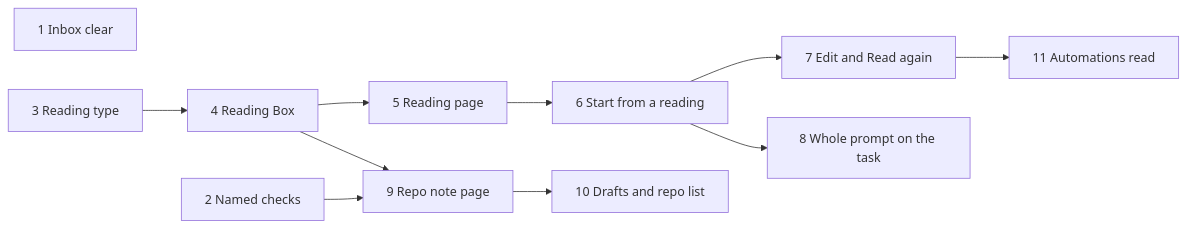
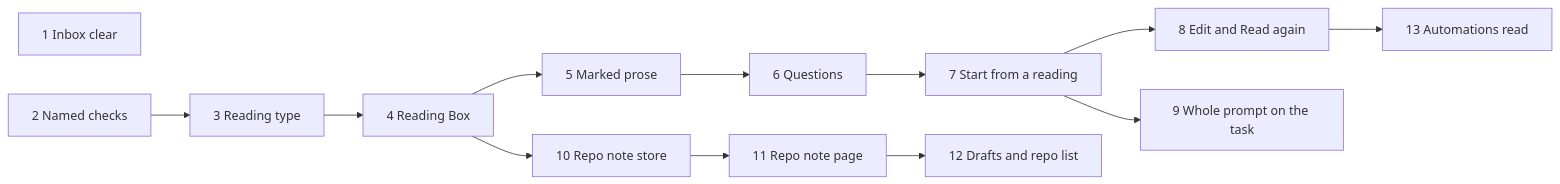
The seventh of 7 diagrams in docs/specs/prompt-reading.md (IniZio/moor), drawn with Mermaid before and after one commit. The commit also changed other lines of this file, not shown here.

````diff
--- a/docs/specs/prompt-reading.md
+++ b/docs/specs/prompt-reading.md
@@ -299,10 +304,10 @@
 ```mermaid
 flowchart LR
 	P1[1 Inbox clear]
-	P2[2 Named checks] --> P9
-	P3[3 Reading type] --> P4[4 Reading Box] --> P5[5 Reading page] --> P6[6 Start from a reading]
-	P6 --> P7[7 Edit and Read again]
-	P6 --> P8[8 Whole prompt on the task]
-	P4 --> P9[9 Repo note page] --> P10[10 Drafts and repo list]
-	P7 --> P11[11 Automations read]
+	P2[2 Named checks] --> P3[3 Reading type]
+	P3 --> P4[4 Reading Box] --> P5[5 Marked prose] --> P6[6 Questions] --> P7[7 Start from a reading]
+	P7 --> P8[8 Edit and Read again]
+	P7 --> P9[9 Whole prompt on the task]
+	P4 --> P10[10 Repo note store] --> P11[11 Repo note page] --> P12[12 Drafts and repo list]
+	P8 --> P13[13 Automations read]
 ```
````
